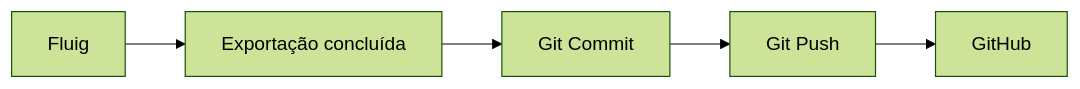
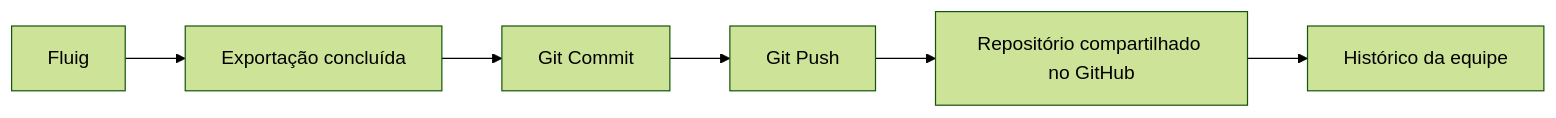
Before and after one commit to flruedigerlima/fluig-tracker-log: the diagram in README.md, drawn with Mermaid (forest theme). The commit also changed other lines of this file, not shown here.

````diff
--- a/README.md
+++ b/README.md
@@ -39,7 +43,8 @@
 ```mermaid
 flowchart LR
-    A["Fluig"] --> B["Exportação concluída"]
-    B --> C["Git Commit"]
-    C --> D["Git Push"]
-    D --> E["GitHub"]
+    A[Fluig] --> B[Exportação concluída]
+    B --> C[Git Commit]
+    C --> D[Git Push]
+    D --> E[Repositório compartilhado no GitHub]
+    E --> F[Histórico da equipe]
 ```
````
